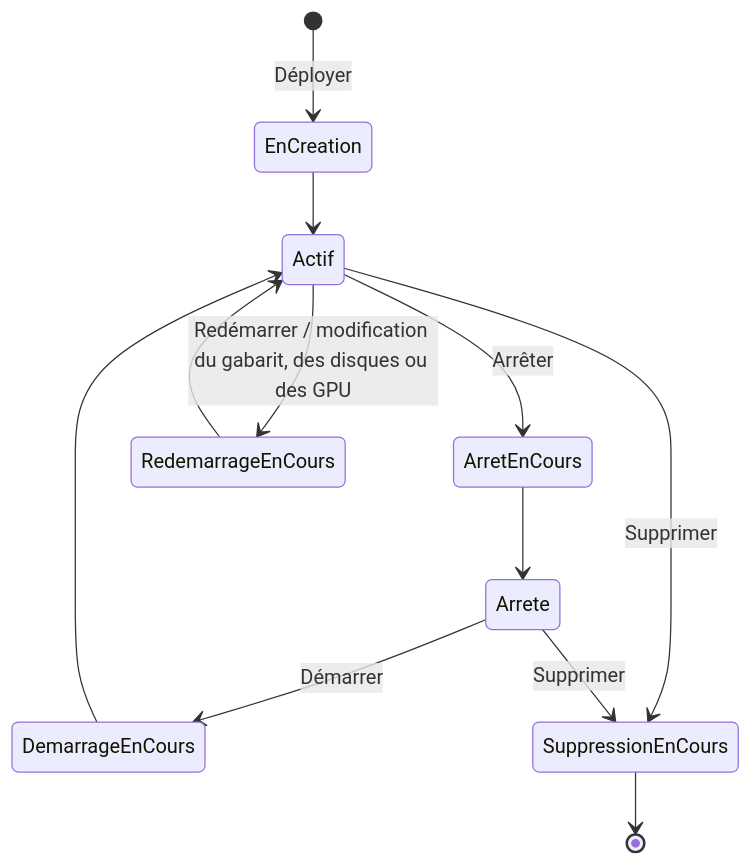
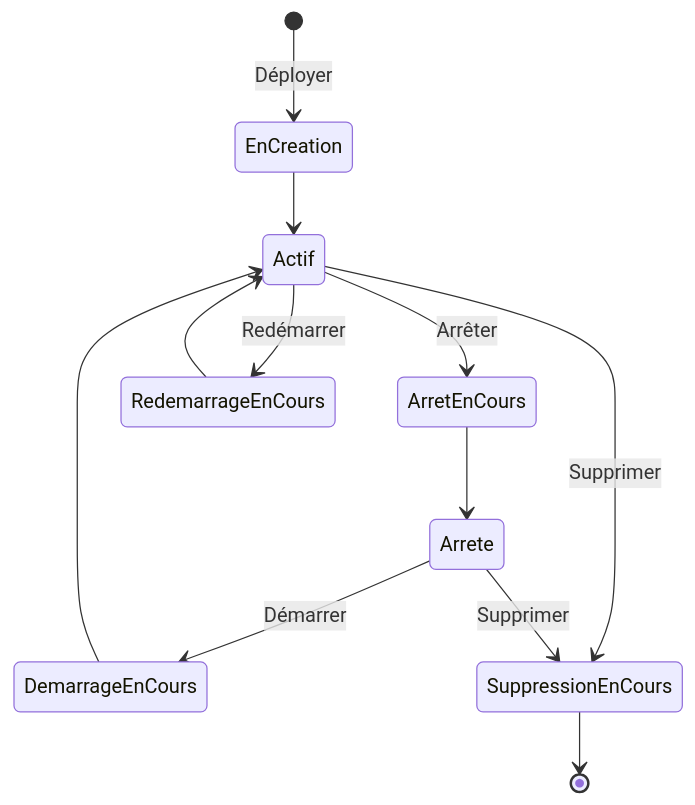
Before and after one commit to HidoraSwiss/hikube-public-doc: the second of 2 diagrams in docs/services/compute/concepts.md, drawn with Mermaid. The commit also changed other lines of this file and 75 other files, not shown here.

````diff
--- a/docs/services/compute/concepts.md
+++ b/docs/services/compute/concepts.md
@@ -100,14 +100,14 @@
 ```mermaid
 stateDiagram-v2
     [*] --> EnCreation: Déployer
     EnCreation --> Actif
     Actif --> ArretEnCours: Arrêter
     ArretEnCours --> Arrete
     Arrete --> DemarrageEnCours: Démarrer
     DemarrageEnCours --> Actif
-    Actif --> RedemarrageEnCours: Redémarrer / modification du gabarit, des disques ou des GPU
+    Actif --> RedemarrageEnCours: Redémarrer
     RedemarrageEnCours --> Actif
     Actif --> SuppressionEnCours: Supprimer
     Arrete --> SuppressionEnCours: Supprimer
     SuppressionEnCours --> [*]
 ```
````
